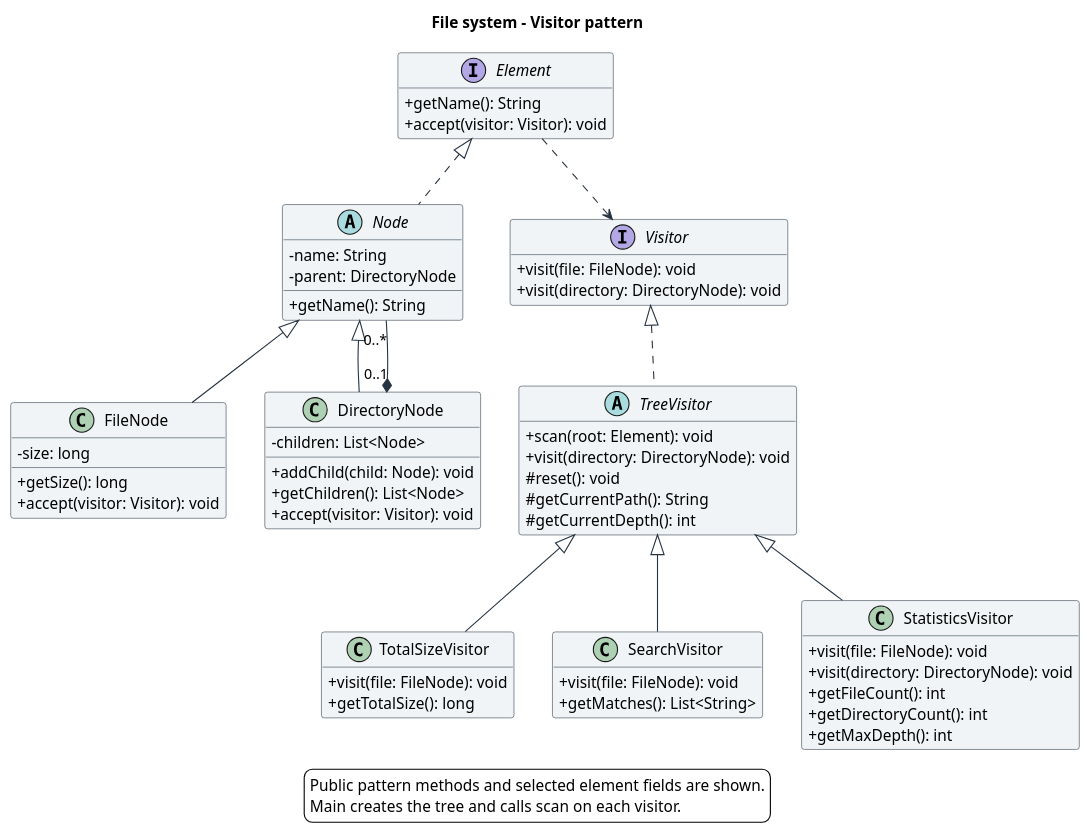
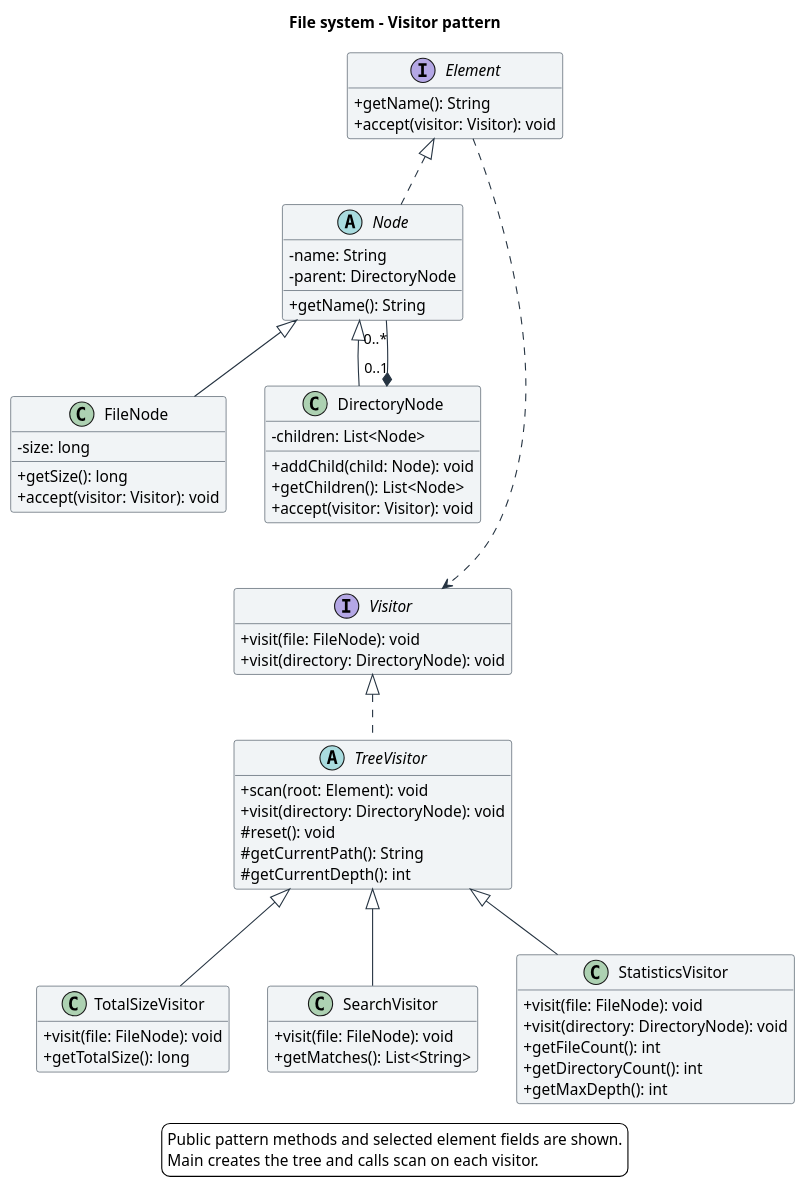
Before and after one commit to bossmerej-ship-it/SDP-6: the diagram in docs/visitor-uml.puml, drawn with PlantUML. The commit also changed 5 other files, not shown here.

Commit message:
Use compact portrait UML layout matching previous report style

```diff
--- a/docs/visitor-uml.puml
+++ b/docs/visitor-uml.puml
@@ -1,73 +1,77 @@
 @startuml
 title File system - Visitor pattern
 skinparam backgroundColor white
 skinparam shadowing false
 skinparam defaultFontName "Segoe UI"
 skinparam classBackgroundColor #F1F4F6
 skinparam classBorderColor #263442
 skinparam ArrowColor #263442
 skinparam classAttributeIconSize 0
 hide empty members
+top to bottom direction
 
 interface Element {
   + getName(): String
   + accept(visitor: Visitor): void
 }
 abstract class Node {
   - name: String
   - parent: DirectoryNode
   + getName(): String
 }
 class FileNode {
   - size: long
   + getSize(): long
   + accept(visitor: Visitor): void
 }
 class DirectoryNode {
   - children: List<Node>
   + addChild(child: Node): void
   + getChildren(): List<Node>
   + accept(visitor: Visitor): void
 }
 interface Visitor {
   + visit(file: FileNode): void
   + visit(directory: DirectoryNode): void
 }
 abstract class TreeVisitor {
   + scan(root: Element): void
   + visit(directory: DirectoryNode): void
   # reset(): void
   # getCurrentPath(): String
   # getCurrentDepth(): int
 }
 class TotalSizeVisitor {
   + visit(file: FileNode): void
   + getTotalSize(): long
 }
 class SearchVisitor {
   + visit(file: FileNode): void
   + getMatches(): List<String>
 }
 class StatisticsVisitor {
   + visit(file: FileNode): void
   + visit(directory: DirectoryNode): void
   + getFileCount(): int
   + getDirectoryCount(): int
   + getMaxDepth(): int
 }
 
 Element <|.. Node
 Node <|-- FileNode
 Node <|-- DirectoryNode
 DirectoryNode "0..1" *-- "0..*" Node
 Element ..> Visitor
 Visitor <|.. TreeVisitor
 TreeVisitor <|-- TotalSizeVisitor
 TreeVisitor <|-- SearchVisitor
 TreeVisitor <|-- StatisticsVisitor
 
+FileNode -[hidden]down-> Visitor
+DirectoryNode -[hidden]down-> Visitor
+
 legend bottom
   Public pattern methods and selected element fields are shown.
   Main creates the tree and calls scan on each visitor.
 endlegend
 @enduml
```
